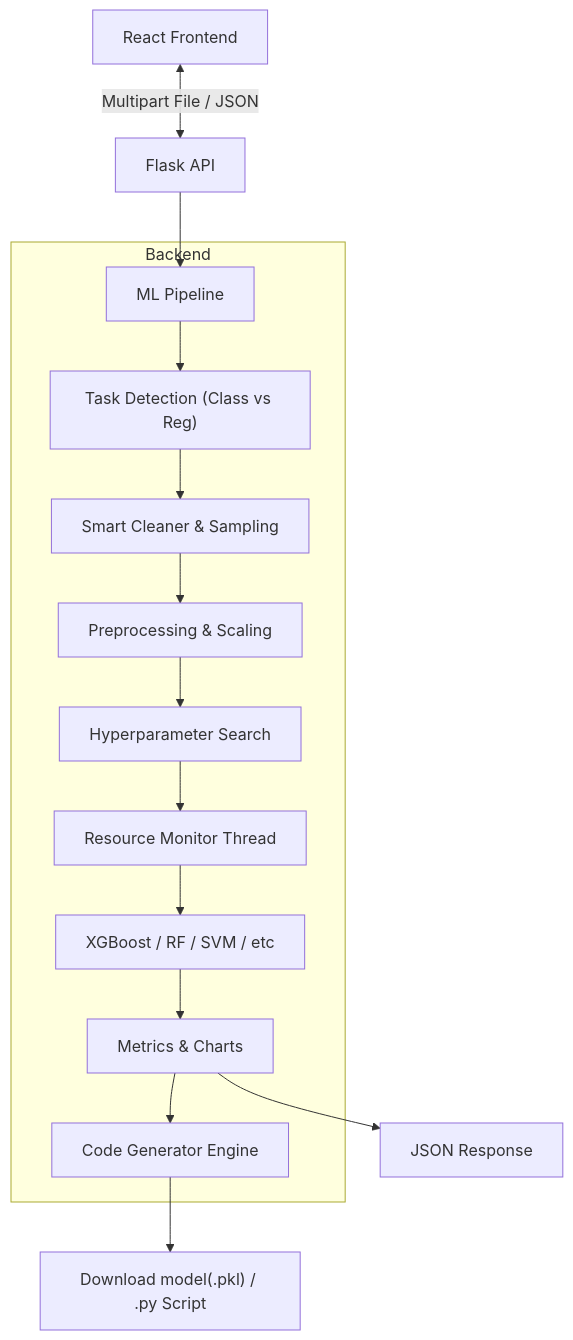
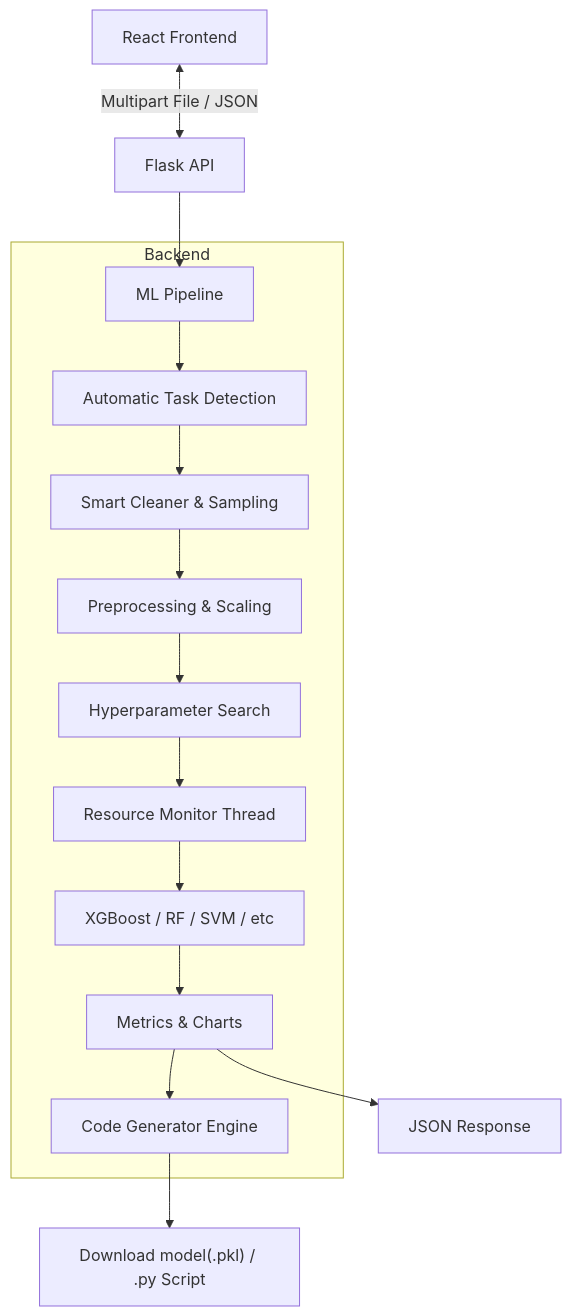
Before and after one commit to bhagyeshrathi07/AutoML: the diagram in README.md, drawn with Mermaid. The commit also changed other lines of this file and 4 other files, not shown here.

````diff
--- a/README.md
+++ b/README.md
@@ -39,20 +50,20 @@
 ```mermaid
 graph TD
     Client[React Frontend] <-->|Multipart File / JSON| API[Flask API]
     API --> Pipeline[ML Pipeline]
     
     subgraph Backend
-        Pipeline --> TypeDetect["Task Detection (Class vs Reg)"]
+        Pipeline --> TypeDetect["Automatic Task Detection"]
         TypeDetect --> Cleaner["Smart Cleaner & Sampling"]
         Cleaner --> Pre["Preprocessing & Scaling"]
         Pre --> Tuning[Hyperparameter Search]
         Tuning --> Monitor[Resource Monitor Thread]
         Monitor --> Models["XGBoost / RF / SVM / etc"]
         
         Models --> Results["Metrics & Charts"]
         Results --> CodeGen[Code Generator Engine]
     end
     
     Results --> Leaderboard[JSON Response]
     CodeGen --> Script["Download model(.pkl) / .py Script"]
 ```
````
